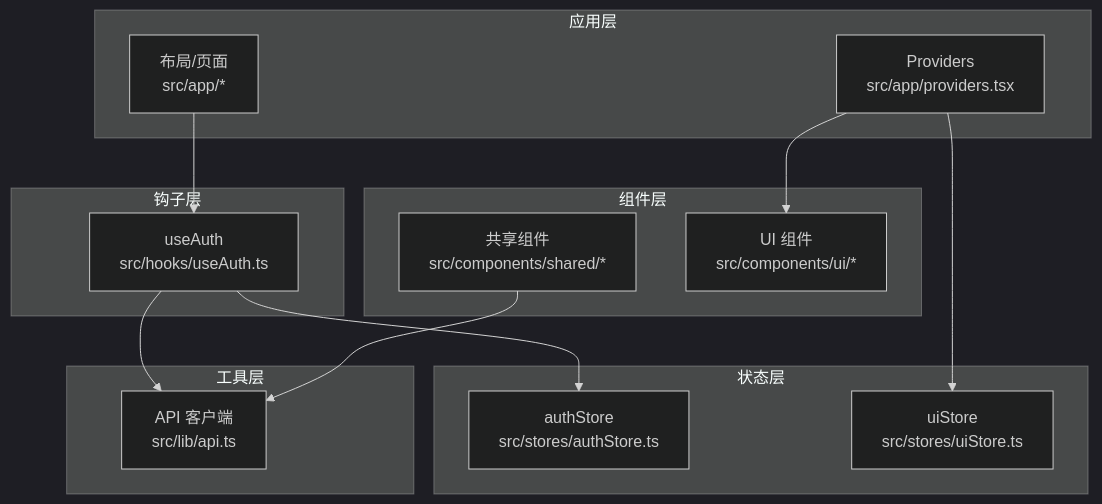
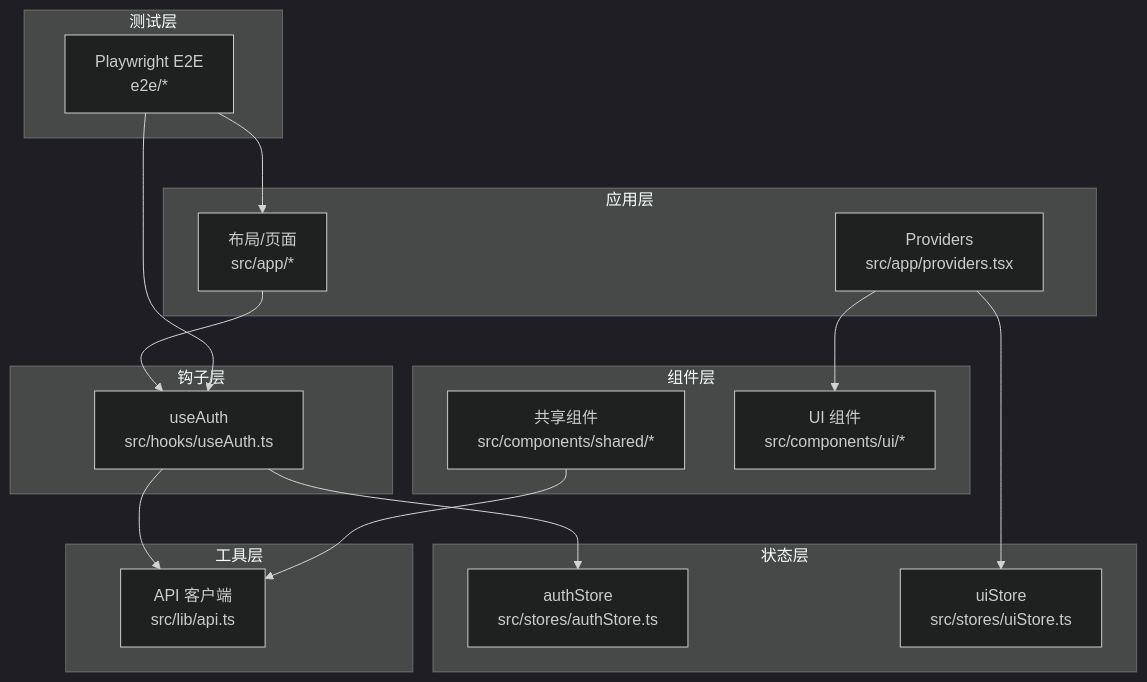
The third of 5 diagrams in .qoder/repowiki/zh/content/开发指南/测试策略/前端测试.md (gujialind/InvestRing), drawn with Mermaid (dark theme) before and after one commit. The commit also changed other lines of this file and 53 other files, not shown here.

````diff
--- a/.qoder/repowiki/zh/content/开发指南/测试策略/前端测试.md
+++ b/.qoder/repowiki/zh/content/开发指南/测试策略/前端测试.md
@@ -43,27 +131,32 @@
 ```mermaid
 graph TB
 subgraph "应用层"
 P["Providers<br/>src/app/providers.tsx"]
 L["布局/页面<br/>src/app/*"]
 end
 subgraph "组件层"
 C1["共享组件<br/>src/components/shared/*"]
 C2["UI 组件<br/>src/components/ui/*"]
 end
 subgraph "钩子层"
 H1["useAuth<br/>src/hooks/useAuth.ts"]
 end
 subgraph "状态层"
 S1["authStore<br/>src/stores/authStore.ts"]
 S2["uiStore<br/>src/stores/uiStore.ts"]
 end
 subgraph "工具层"
 U1["API 客户端<br/>src/lib/api.ts"]
 end
+subgraph "测试层"
+T1["Playwright E2E<br/>e2e/*"]
+end
 P --> C2
 P --> S2
 L --> H1
 H1 --> S1
 H1 --> U1
 C1 --> U1
+T1 --> L
+T1 --> H1
 ```
````
